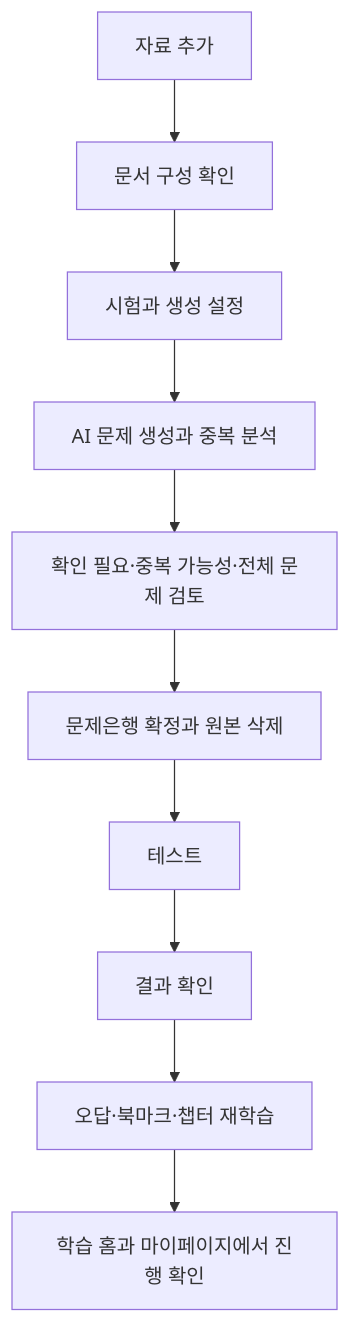
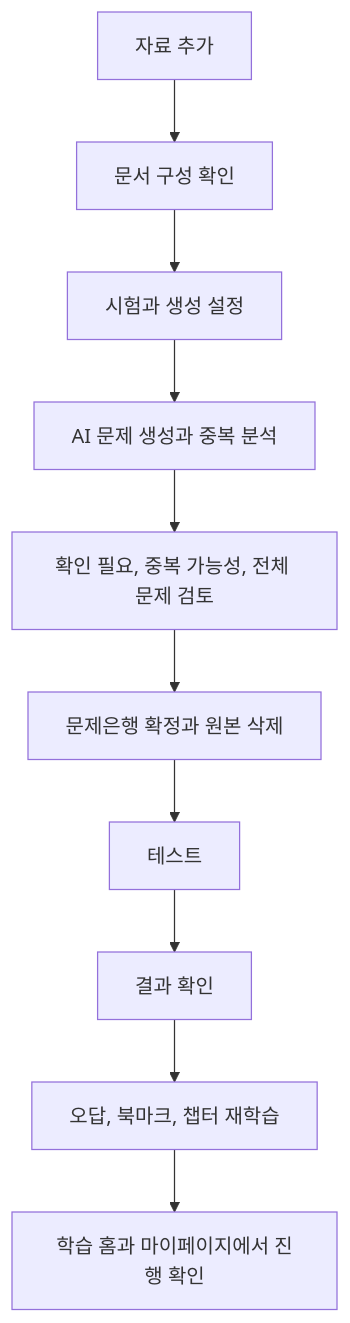
The first of 7 diagrams in docs/plans/2026-09-09-0037-feat-amuq-mvp-requirements-plan.md (sysysysyb/AMUQ), drawn with Mermaid before and after one commit. The commit also changed other lines of this file and 1 other file, not shown here.

````diff
--- a/docs/plans/2026-09-09-0037-feat-amuq-mvp-requirements-plan.md
+++ b/docs/plans/2026-09-09-0037-feat-amuq-mvp-requirements-plan.md
@@ -124,12 +127,12 @@
 ```mermaid
 flowchart TB
   A[자료 추가] --> B[문서 구성 확인]
   B --> C[시험과 생성 설정]
   C --> D[AI 문제 생성과 중복 분석]
-  D --> E[확인 필요·중복 가능성·전체 문제 검토]
+  D --> E[확인 필요, 중복 가능성, 전체 문제 검토]
   E --> F[문제은행 확정과 원본 삭제]
   F --> G[테스트]
   G --> H[결과 확인]
-  H --> I[오답·북마크·챕터 재학습]
+  H --> I[오답, 북마크, 챕터 재학습]
   I --> J[학습 홈과 마이페이지에서 진행 확인]
 ```
````
